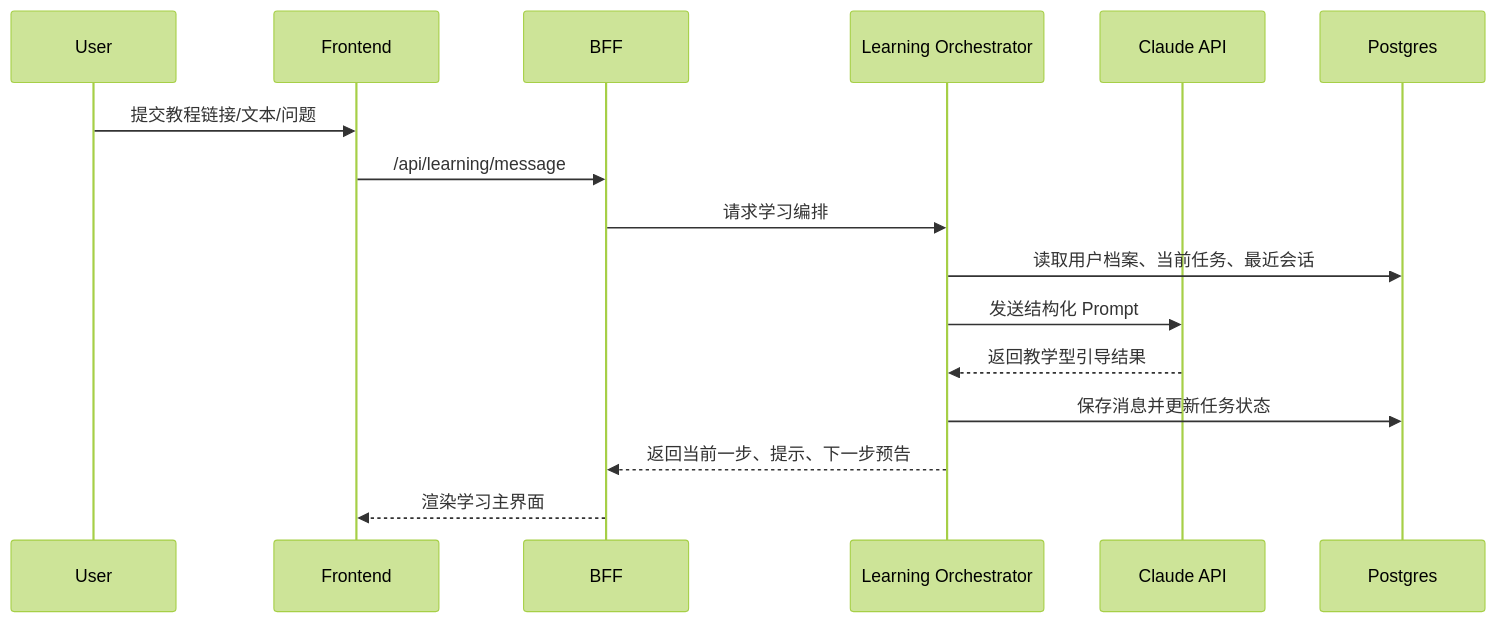
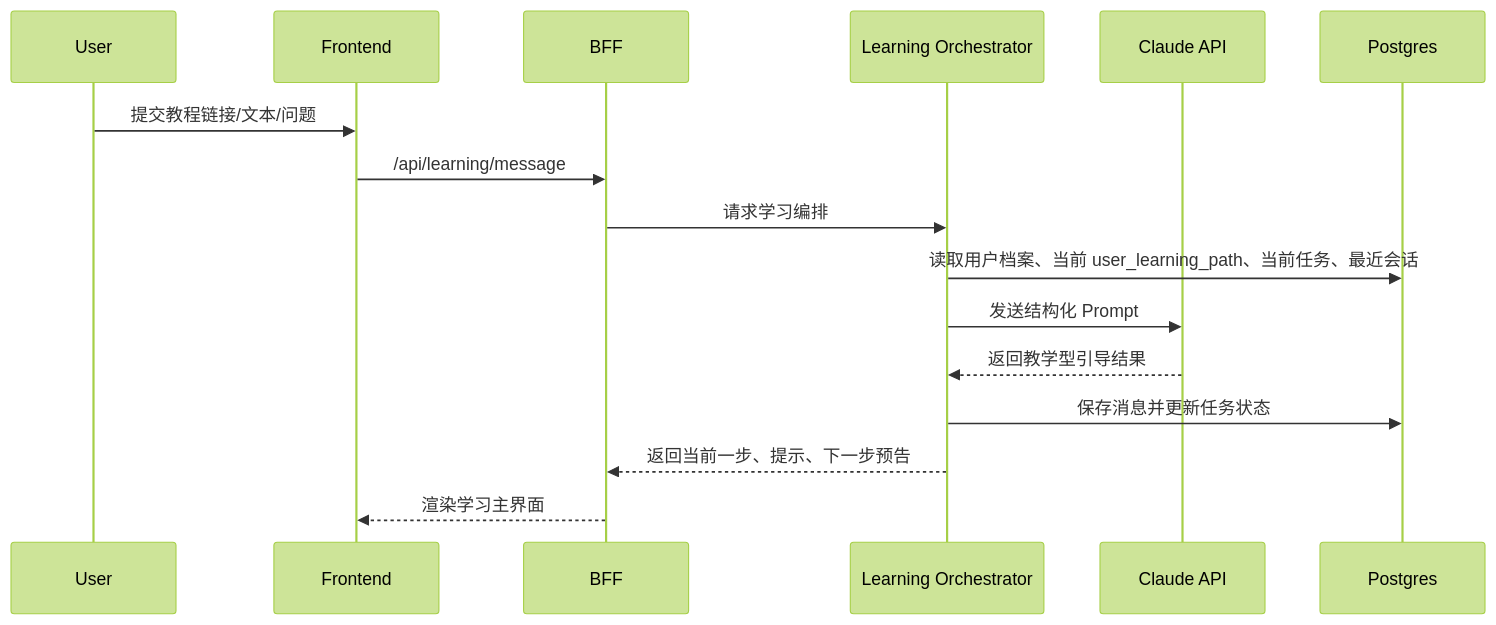
The fourth of 6 diagrams in docs/plans/2026-03-23-ai-coding-tutor-technical-architecture.md (ChengZhuo2025/codetutor), drawn with Mermaid (forest theme) before and after one commit. The commit also changed other lines of this file and 20 other files, not shown here.

````diff
--- a/docs/plans/2026-03-23-ai-coding-tutor-technical-architecture.md
+++ b/docs/plans/2026-03-23-ai-coding-tutor-technical-architecture.md
@@ -394,19 +424,19 @@
 ```mermaid
 sequenceDiagram
     participant U as User
     participant FE as Frontend
     participant API as BFF
     participant LRN as Learning Orchestrator
     participant AI as Claude API
     participant DB as Postgres
 
     U->>FE: 提交教程链接/文本/问题
     FE->>API: /api/learning/message
     API->>LRN: 请求学习编排
-    LRN->>DB: 读取用户档案、当前任务、最近会话
+    LRN->>DB: 读取用户档案、当前 user_learning_path、当前任务、最近会话
     LRN->>AI: 发送结构化 Prompt
     AI-->>LRN: 返回教学型引导结果
     LRN->>DB: 保存消息并更新任务状态
     LRN-->>API: 返回当前一步、提示、下一步预告
     API-->>FE: 渲染学习主界面
 ```
````
